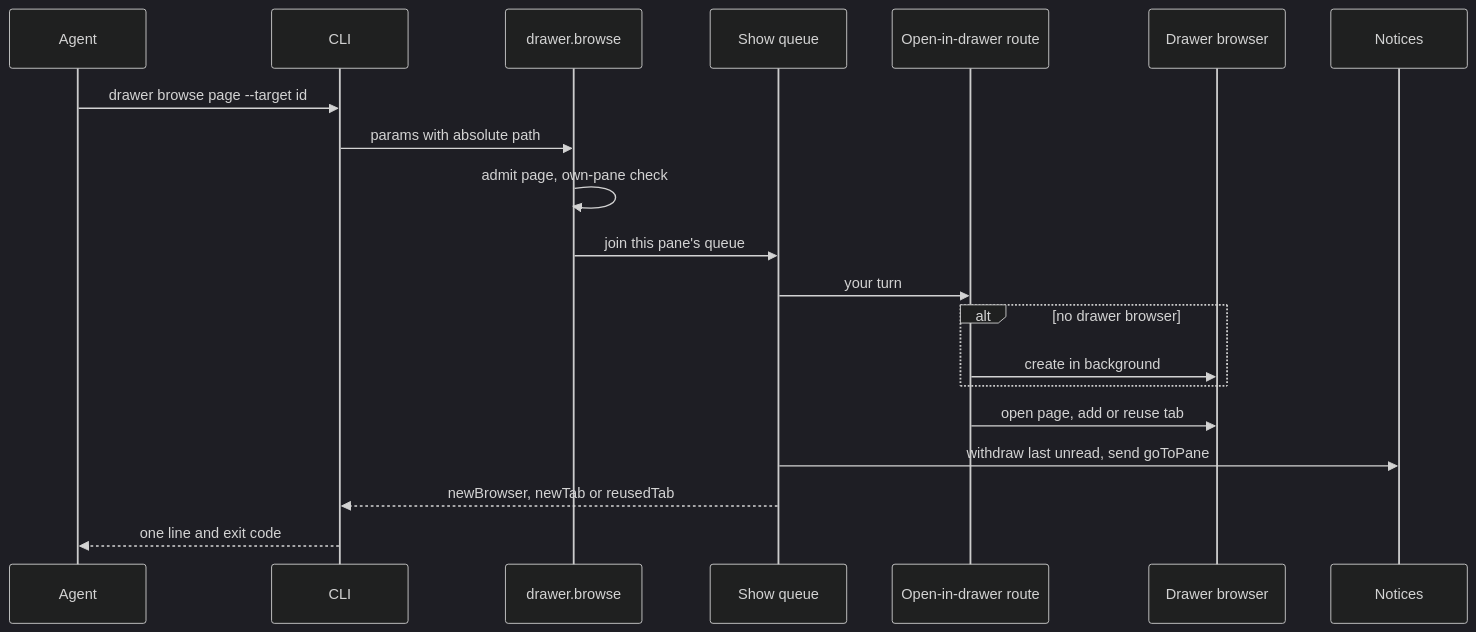
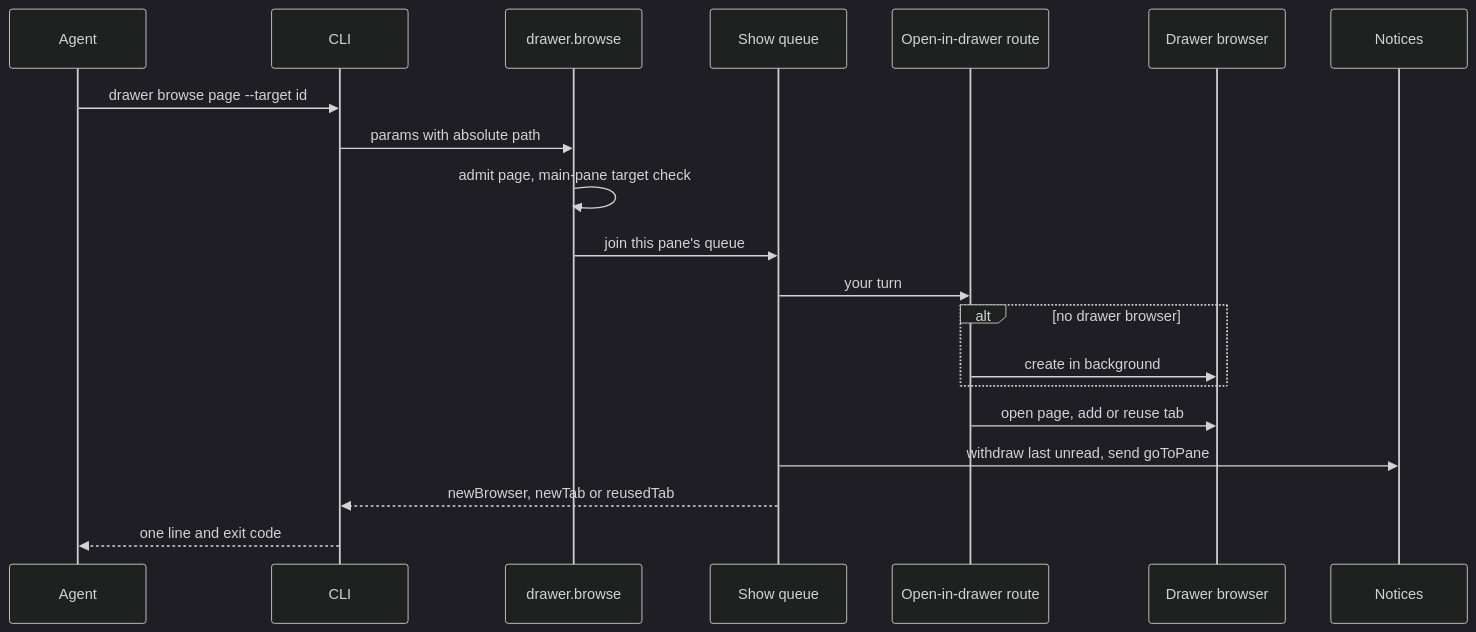
The third of 3 diagrams in docs/specs/2026-11-06-agent-open/program-design.md (getagentstudio/agentstudio), drawn with Mermaid (dark theme) before and after one commit. The commit also changed other lines of this file and 4 other files, not shown here.

Commit message:
docs: let drawer.browse target any main pane, per the owner

````diff
--- a/docs/specs/2026-11-06-agent-open/program-design.md
+++ b/docs/specs/2026-11-06-agent-open/program-design.md
@@ -249,22 +249,22 @@
 ```mermaid
 sequenceDiagram
   participant Agent
   participant CLI
   participant Method as drawer.browse
   participant Queue as Show queue
   participant Route as Open-in-drawer route
   participant Browser as Drawer browser
   participant Notices
   Agent->>CLI: drawer browse page --target id
   CLI->>Method: params with absolute path
-  Method->>Method: admit page, own-pane check
+  Method->>Method: admit page, main-pane target check
   Method->>Queue: join this pane's queue
   Queue->>Route: your turn
   alt no drawer browser
     Route->>Browser: create in background
   end
   Route->>Browser: open page, add or reuse tab
   Queue->>Notices: withdraw last unread, send goToPane
   Queue-->>CLI: newBrowser, newTab or reusedTab
   CLI-->>Agent: one line and exit code
 ```
````
